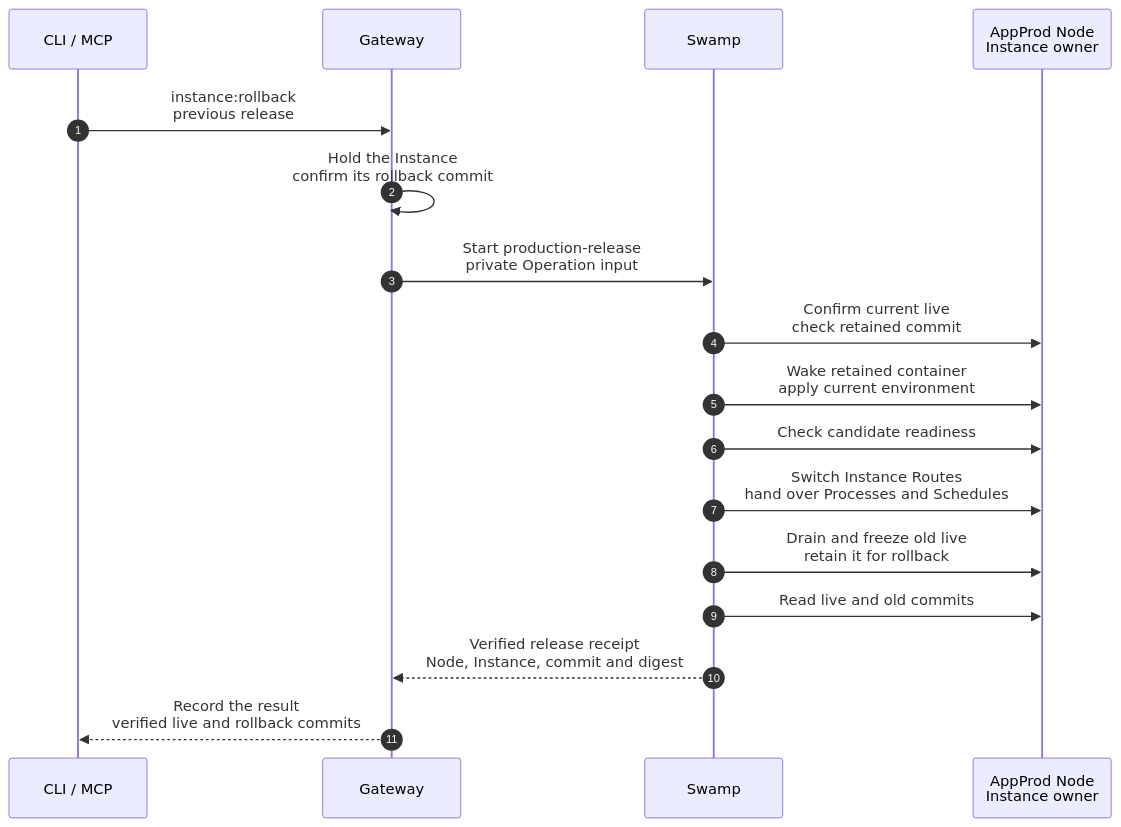
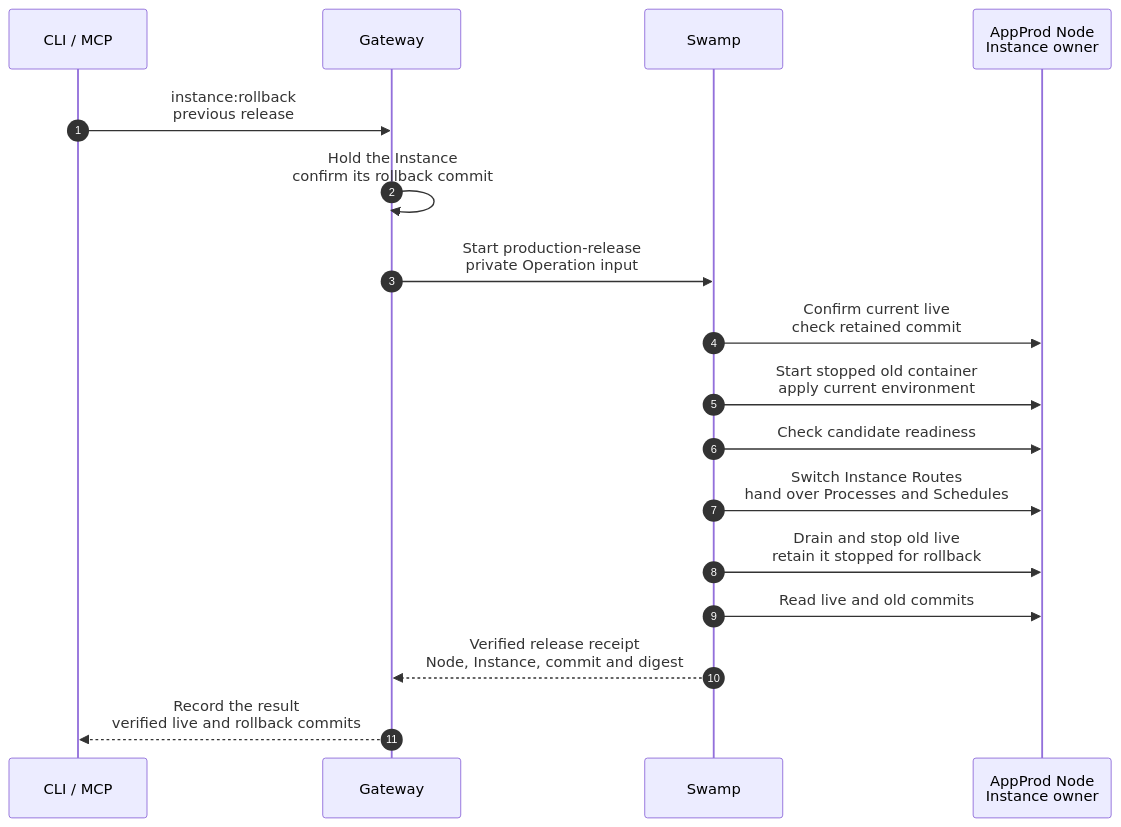
One commit to hardimpactdev/orbit changed the diagram in docs/cli/instance/container/rollback-production.mmd. Above: the diagram before and after it, drawn with Mermaid. The commit also changed 10 other files, not shown here.

First line of the commit message:
Stop the previous production release for rollback instead of freezing it to swap

```diff
--- a/docs/cli/instance/container/rollback-production.mmd
+++ b/docs/cli/instance/container/rollback-production.mmd
@@ -1,20 +1,20 @@
 sequenceDiagram
   %% command: instance:rollback
   %% kind: instance.rollback
   %% status: migrated
   autonumber
   participant CLI as CLI / MCP
   participant GW as Gateway
   participant SW as Swamp
   participant N as AppProd Node<br/>Instance owner
   CLI->>GW: instance:rollback<br/>previous release
   GW->>GW: Hold the Instance<br/>confirm its rollback commit
   GW->>SW: Start production-release<br/>private Operation input
   SW->>N: Confirm current live<br/>check retained commit
-  SW->>N: Wake retained container<br/>apply current environment
+  SW->>N: Start stopped old container<br/>apply current environment
   SW->>N: Check candidate readiness
   SW->>N: Switch Instance Routes<br/>hand over Processes and Schedules
-  SW->>N: Drain and freeze old live<br/>retain it for rollback
+  SW->>N: Drain and stop old live<br/>retain it stopped for rollback
   SW->>N: Read live and old commits
   SW-->>GW: Verified release receipt<br/>Node, Instance, commit and digest
   GW-->>CLI: Record the result<br/>verified live and rollback commits
```
